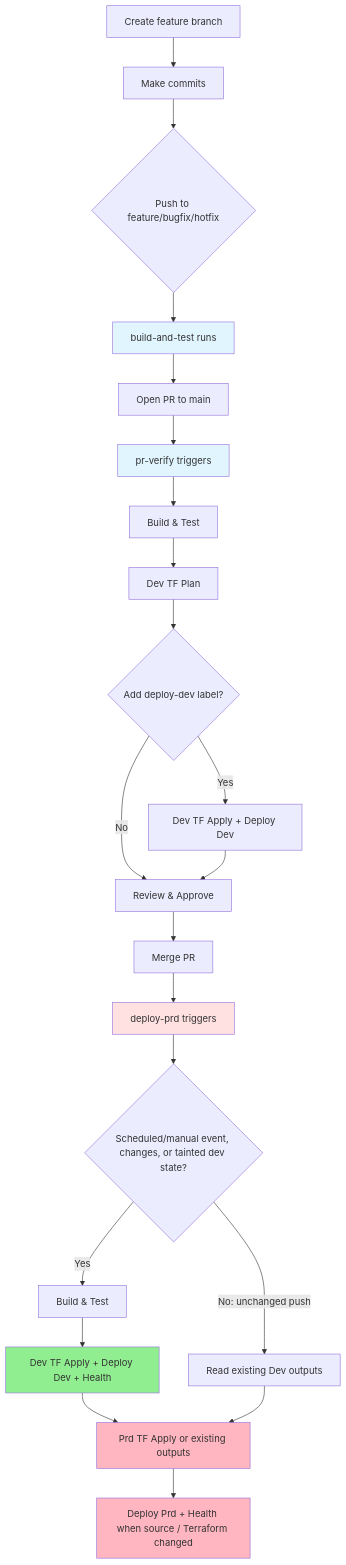
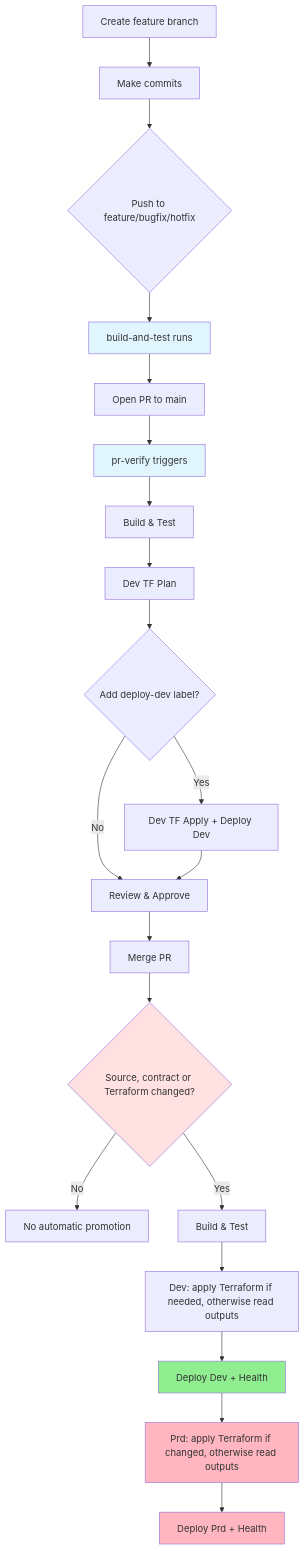
The diagram in docs/development-workflows.md (frasermolyneux/platform-sitewatch-func), drawn with Mermaid before and after one commit. The commit also changed other lines of this file and 9 other files, not shown here.

````diff
--- a/docs/development-workflows.md
+++ b/docs/development-workflows.md
@@ -50,30 +51,29 @@
 ```mermaid
 graph TD
     A[Create feature branch] --> B[Make commits]
     B --> C{Push to feature/bugfix/hotfix}
     C --> D[build-and-test runs]
     D --> E[Open PR to main]
     E --> F[pr-verify triggers]
     F --> G[Build & Test]
     G --> H[Dev TF Plan]
     H --> I{Add deploy-dev label?}
     I -->|Yes| J[Dev TF Apply + Deploy Dev]
     I -->|No| K[Review & Approve]
     J --> K
     K --> L[Merge PR]
-    L --> M[deploy-prd triggers]
-    M --> O{Scheduled/manual event, changes, or tainted dev state?}
-    O -->|Yes| N[Build & Test]
-    N --> P[Dev TF Apply + Deploy Dev + Health]
-    O -->|No: unchanged push| Q[Read existing Dev outputs]
-    P --> R[Prd TF Apply or existing outputs]
-    Q --> R
-    R --> S[Deploy Prd + Health when source / Terraform changed]
+    L --> M{Source, contract or Terraform changed?}
+    M -->|No| T[No automatic promotion]
+    M -->|Yes| N[Build & Test]
+    N --> O[Dev: apply Terraform if needed, otherwise read outputs]
+    O --> P[Deploy Dev + Health]
+    P --> R[Prd: apply Terraform if changed, otherwise read outputs]
+    R --> S[Deploy Prd + Health]
 
     style D fill:#e1f5ff
     style F fill:#e1f5ff
     style M fill:#ffe1e1
     style P fill:#90EE90
     style R fill:#FFB6C1
     style S fill:#FFB6C1
 ```
````
